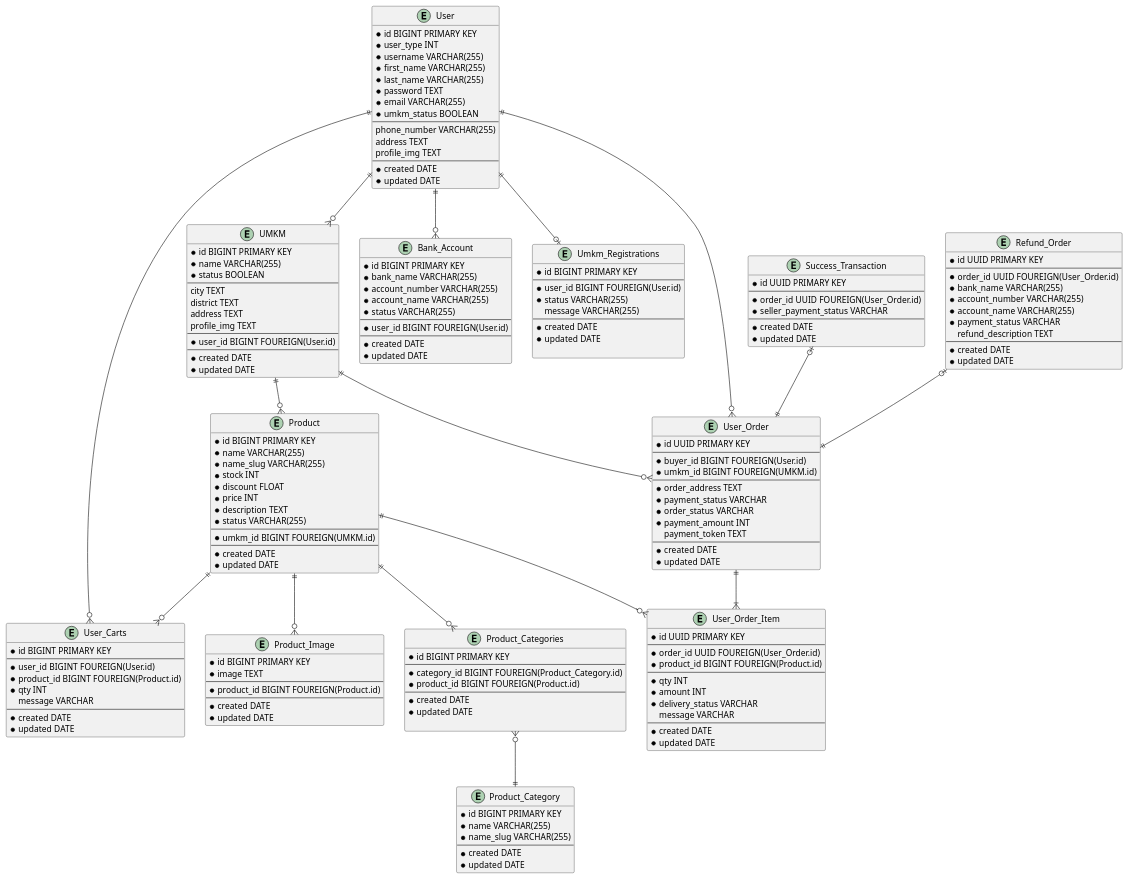
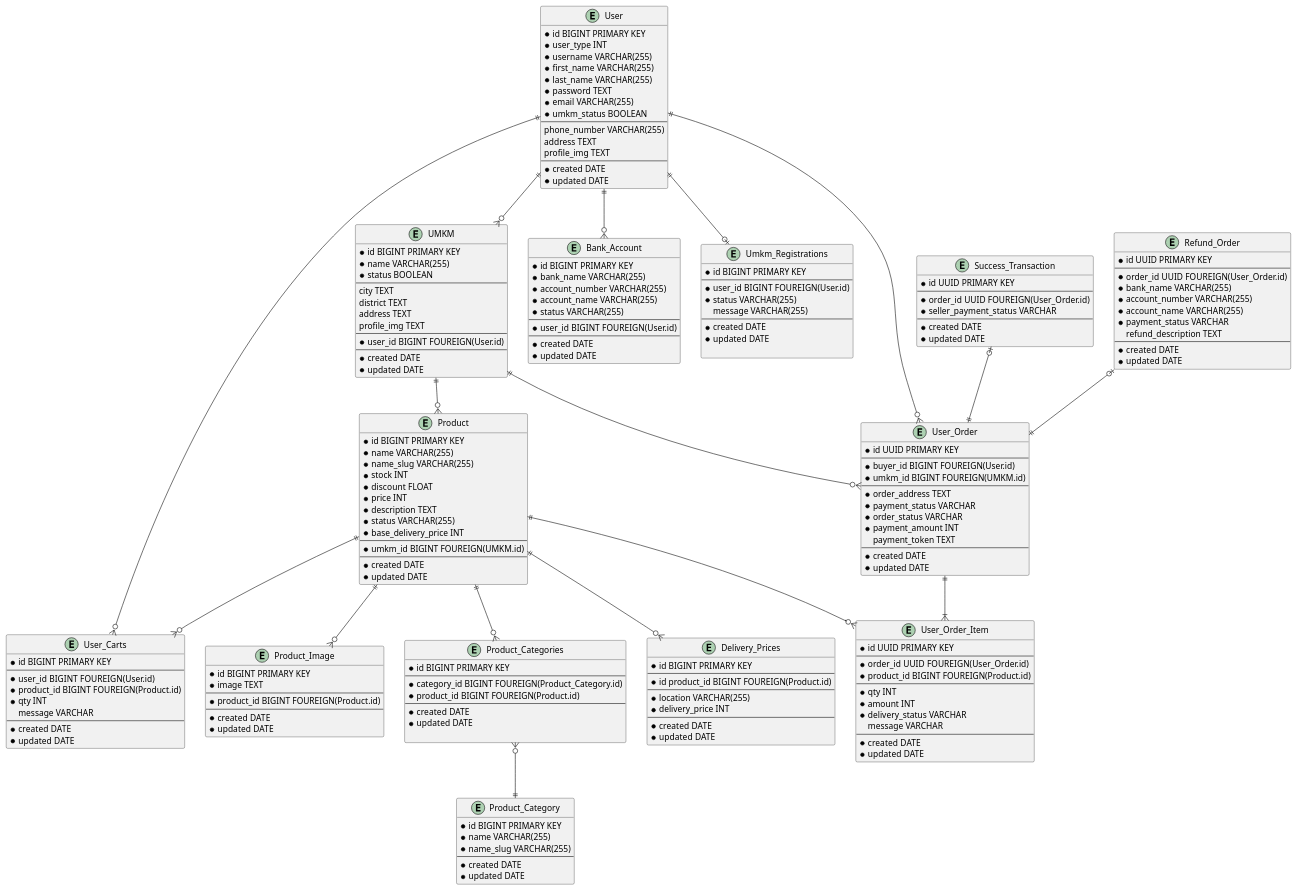
Before and after one commit to vithiaz/ecomm_UMKM_tomohon: the diagram in db_design.puml, drawn with PlantUML. The commit also changed 60 other files, not shown here.

Commit message:
created delivery price feature

```diff
--- a/db_design.puml
+++ b/db_design.puml
@@ -76,6 +76,7 @@
     ' active
     ' disabled
     ' revoked
+    * base_delivery_price INT
     --
     * umkm_id BIGINT FOUREIGN(UMKM.id)
     --
@@ -198,6 +199,18 @@
     * updated DATE
 }
 
+entity Delivery_Prices {
+    * id BIGINT PRIMARY KEY
+    --
+    * id product_id BIGINT FOUREIGN(Product.id)
+    --
+    * location VARCHAR(255)
+    * delivery_price INT
+    --
+    * created DATE
+    * updated DATE
+}
+
 
 ' Relation
 User ||--o{ UMKM
@@ -212,6 +225,7 @@
 
 Product ||--o{ Product_Image
 Product ||--o{ Product_Categories
+Product ||--o{ Delivery_Prices
 
 Product_Categories }o--|| Product_Category
 
```
